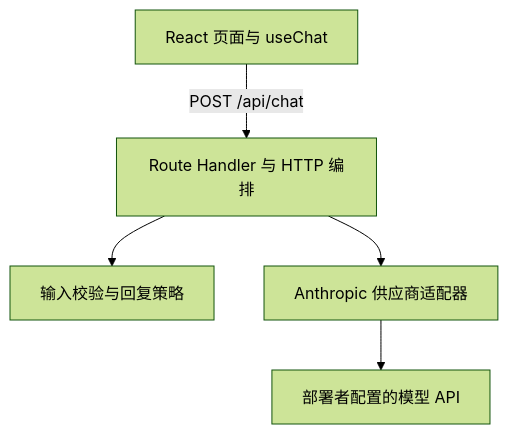
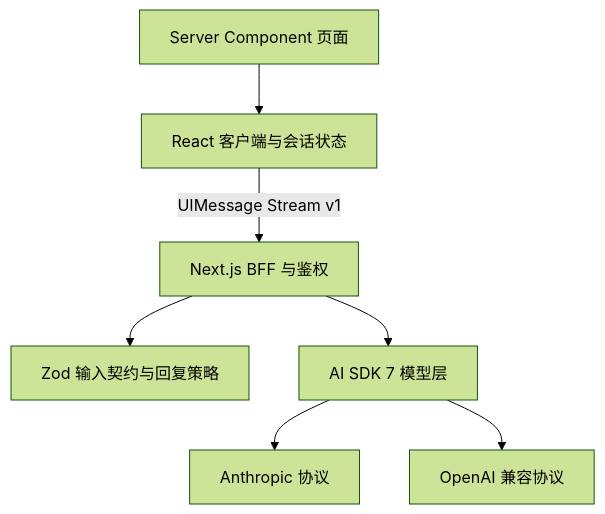
One commit to dev-belly/personal-ai-chat changed the diagram in docs/ARCHITECTURE.zh-CN.md. Above: the diagram before and after it, drawn with Mermaid (forest theme). The commit also changed other lines of this file and 41 other files, not shown here.

````diff
--- a/docs/ARCHITECTURE.zh-CN.md
+++ b/docs/ARCHITECTURE.zh-CN.md
@@ -9,7 +8,9 @@
 ```mermaid
 flowchart TD
-  UI["React 页面与 useChat"] -->|"POST /api/chat"| HTTP["Route Handler 与 HTTP 编排"]
-  HTTP --> Policy["输入校验与回复策略"]
-  HTTP --> Adapter["Anthropic 供应商适配器"]
-  Adapter --> Model["部署者配置的模型 API"]
+  Page["Server Component 页面"] --> Client["React 客户端与会话状态"]
+  Client -->|"UIMessage Stream v1"| API["Next.js BFF 与鉴权"]
+  API --> Schema["Zod 输入契约与回复策略"]
+  API --> Core["AI SDK 7 模型层"]
+  Core --> Anthropic["Anthropic 协议"]
+  Core --> Compatible["OpenAI 兼容协议"]
 ```
````
